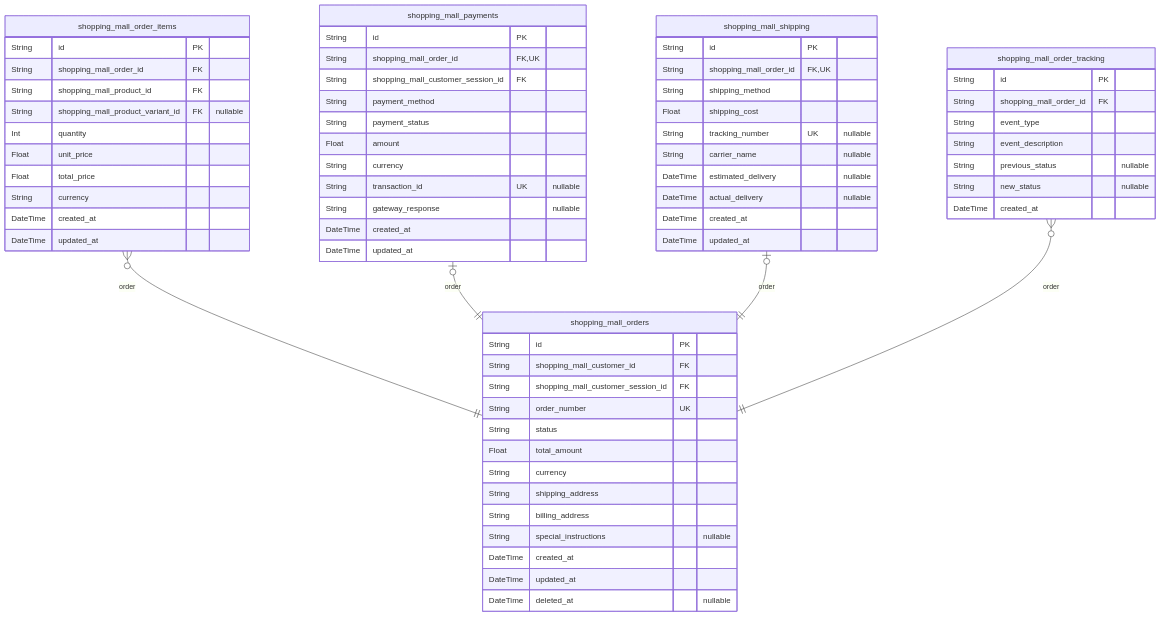
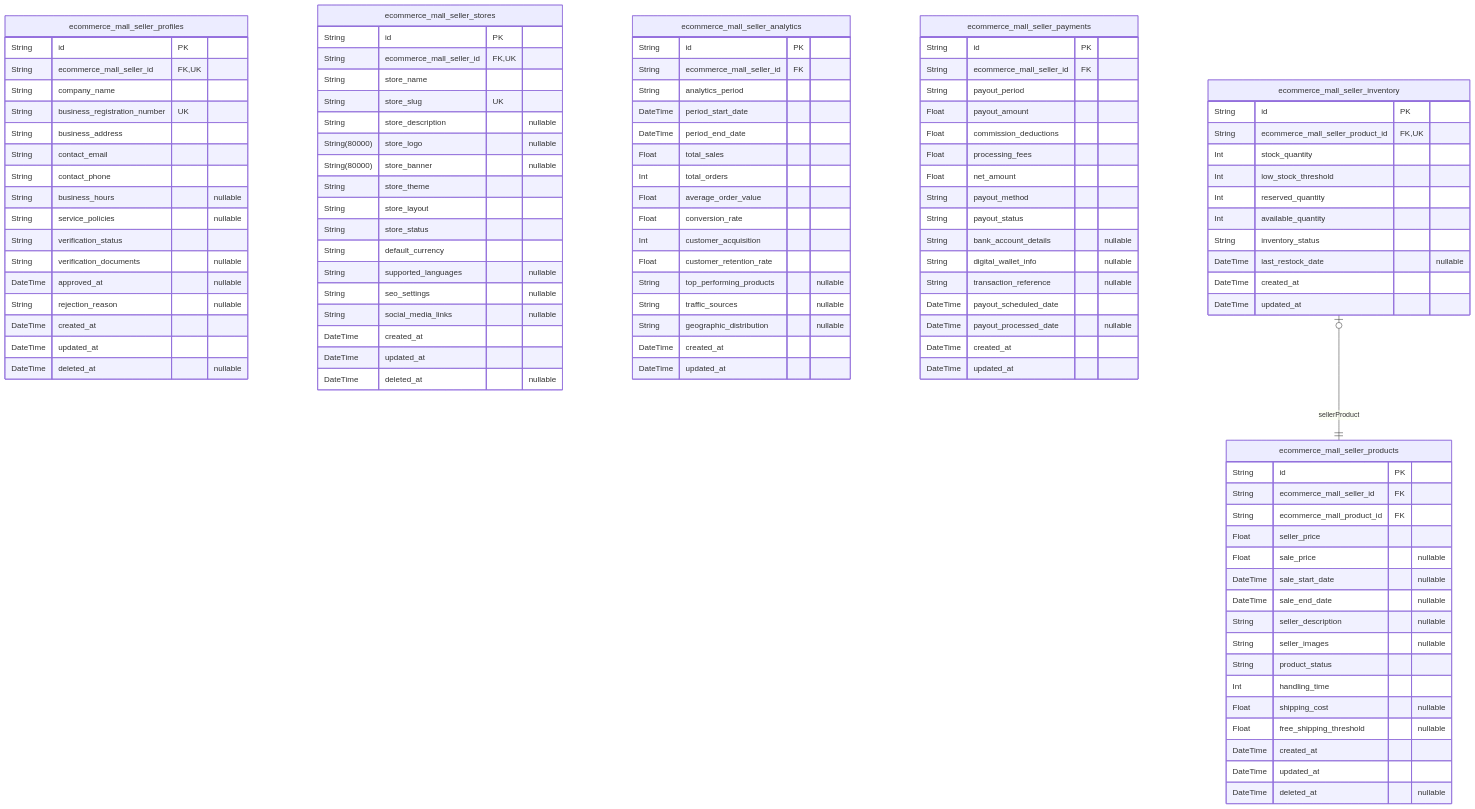
The sixth of 10 diagrams in deepseek/deepseek-v3.1-terminus-exacto/shopping/docs/ERD.md (wrtnlabs/autobe-examples), drawn with Mermaid before and after one commit. The commit also changed other lines of this file and 22498 other files, not shown here.

````diff
--- a/deepseek/deepseek-v3.1-terminus-exacto/shopping/docs/ERD.md
+++ b/deepseek/deepseek-v3.1-terminus-exacto/shopping/docs/ERD.md
@@ -825,68 +1480,107 @@
 ```mermaid
 erDiagram
-"shopping_mall_orders" {
+"ecommerce_mall_seller_profiles" {
   String id PK
-  String shopping_mall_customer_id FK
-  String shopping_mall_customer_session_id FK
-  String order_number UK
-  String status
-  Float total_amount
-  String currency
-  String shipping_address
-  String billing_address
-  String special_instructions "nullable"
+  String ecommerce_mall_seller_id FK,UK
+  String company_name
+  String business_registration_number UK
+  String business_address
+  String contact_email
+  String contact_phone
+  String business_hours "nullable"
+  String service_policies "nullable"
+  String verification_status
+  String verification_documents "nullable"
+  DateTime approved_at "nullable"
+  String rejection_reason "nullable"
   DateTime created_at
   DateTime updated_at
   DateTime deleted_at "nullable"
 }
-"shopping_mall_order_items" {
+"ecommerce_mall_seller_stores" {
   String id PK
-  String shopping_mall_order_id FK
-  String shopping_mall_product_id FK
-  String shopping_mall_product_variant_id FK "nullable"
-  Int quantity
-  Float unit_price
-  Float total_price
-  String currency
+  String ecommerce_mall_seller_id FK,UK
+  String store_name
+  String store_slug UK
+  String store_description "nullable"
+  String(80000) store_logo "nullable"
+  String(80000) store_banner "nullable"
+  String store_theme
+  String store_layout
+  String store_status
+  String default_currency
+  String supported_languages "nullable"
+  String seo_settings "nullable"
+  String social_media_links "nullable"
+  DateTime created_at
+  DateTime updated_at
+  DateTime deleted_at "nullable"
+}
+"ecommerce_mall_seller_products" {
+  String id PK
+  String ecommerce_mall_seller_id FK
+  String ecommerce_mall_product_id FK
+  Float seller_price
+  Float sale_price "nullable"
+  DateTime sale_start_date "nullable"
+  DateTime sale_end_date "nullable"
+  String seller_description "nullable"
+  String seller_images "nullable"
+  String product_status
+  Int handling_time
+  Float shipping_cost "nullable"
+  Float free_shipping_threshold "nullable"
+  DateTime created_at
+  DateTime updated_at
+  DateTime deleted_at "nullable"
+}
+"ecommerce_mall_seller_analytics" {
+  String id PK
+  String ecommerce_mall_seller_id FK
+  String analytics_period
+  DateTime period_start_date
+  DateTime period_end_date
+  Float total_sales
+  Int total_orders
+  Float average_order_value
+  Float conversion_rate
+  Int customer_acquisition
+  Float customer_retention_rate
+  String top_performing_products "nullable"
+  String traffic_sources "nullable"
+  String geographic_distribution "nullable"
   DateTime created_at
   DateTime updated_at
 }
-"shopping_mall_payments" {
+"ecommerce_mall_seller_payments" {
   String id PK
-  String shopping_mall_order_id FK,UK
-  String shopping_mall_customer_session_id FK
-  String payment_method
-  String payment_status
-  Float amount
-  String currency
-  String transaction_id UK "nullable"
-  String gateway_response "nullable"
+  String ecommerce_mall_seller_id FK
+  String payout_period
+  Float payout_amount
+  Float commission_deductions
+  Float processing_fees
+  Float net_amount
+  String payout_method
+  String payout_status
+  String bank_account_details "nullable"
+  String digital_wallet_info "nullable"
+  String transaction_reference "nullable"
+  DateTime payout_scheduled_date
+  DateTime payout_processed_date "nullable"
   DateTime created_at
   DateTime updated_at
 }
-"shopping_mall_shipping" {
+"ecommerce_mall_seller_inventory" {
   String id PK
-  String shopping_mall_order_id FK,UK
-  String shipping_method
-  Float shipping_cost
-  String tracking_number UK "nullable"
-  String carrier_name "nullable"
-  DateTime estimated_delivery "nullable"
-  DateTime actual_delivery "nullable"
+  String ecommerce_mall_seller_product_id FK,UK
+  Int stock_quantity
+  Int low_stock_threshold
+  Int reserved_quantity
+  Int available_quantity
+  String inventory_status
+  DateTime last_restock_date "nullable"
   DateTime created_at
   DateTime updated_at
 }
-"shopping_mall_order_tracking" {
-  String id PK
-  String shopping_mall_order_id FK
-  String event_type
-  String event_description
-  String previous_status "nullable"
-  String new_status "nullable"
-  DateTime created_at
-}
-"shopping_mall_order_items" }o--|| "shopping_mall_orders" : order
-"shopping_mall_payments" |o--|| "shopping_mall_orders" : order
-"shopping_mall_shipping" |o--|| "shopping_mall_orders" : order
-"shopping_mall_order_tracking" }o--|| "shopping_mall_orders" : order
+"ecommerce_mall_seller_inventory" |o--|| "ecommerce_mall_seller_products" : sellerProduct
 ```
````
